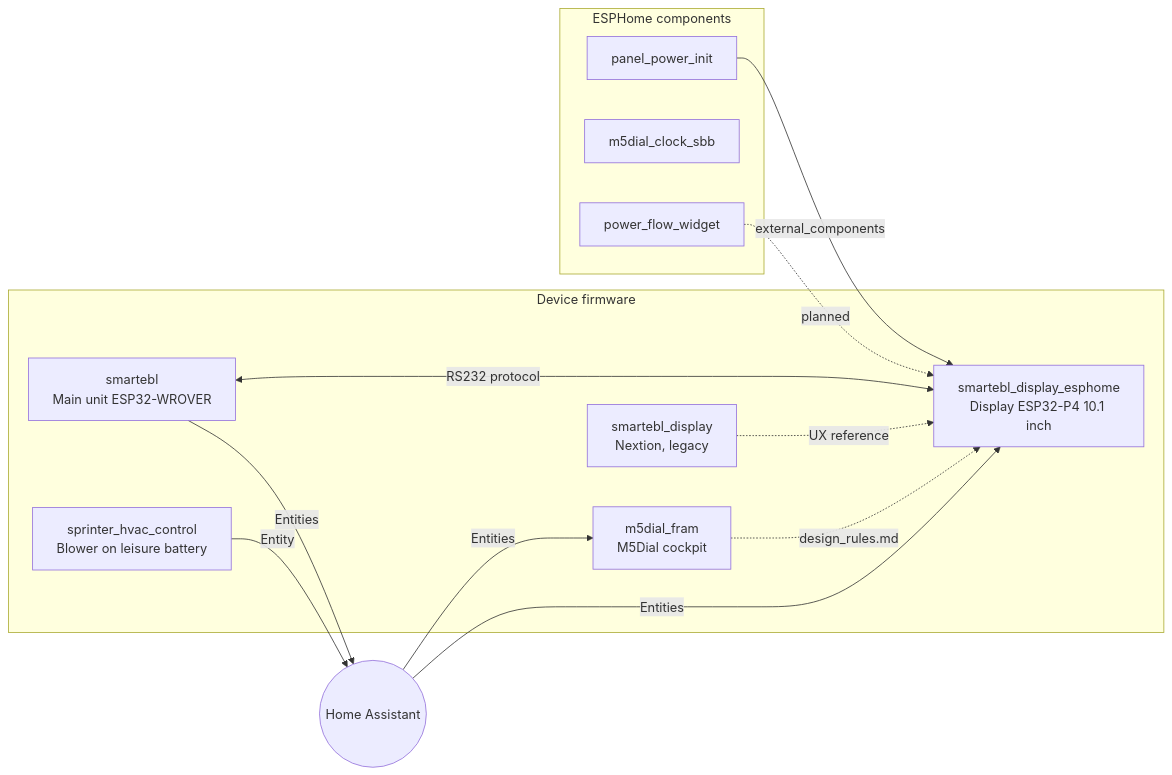
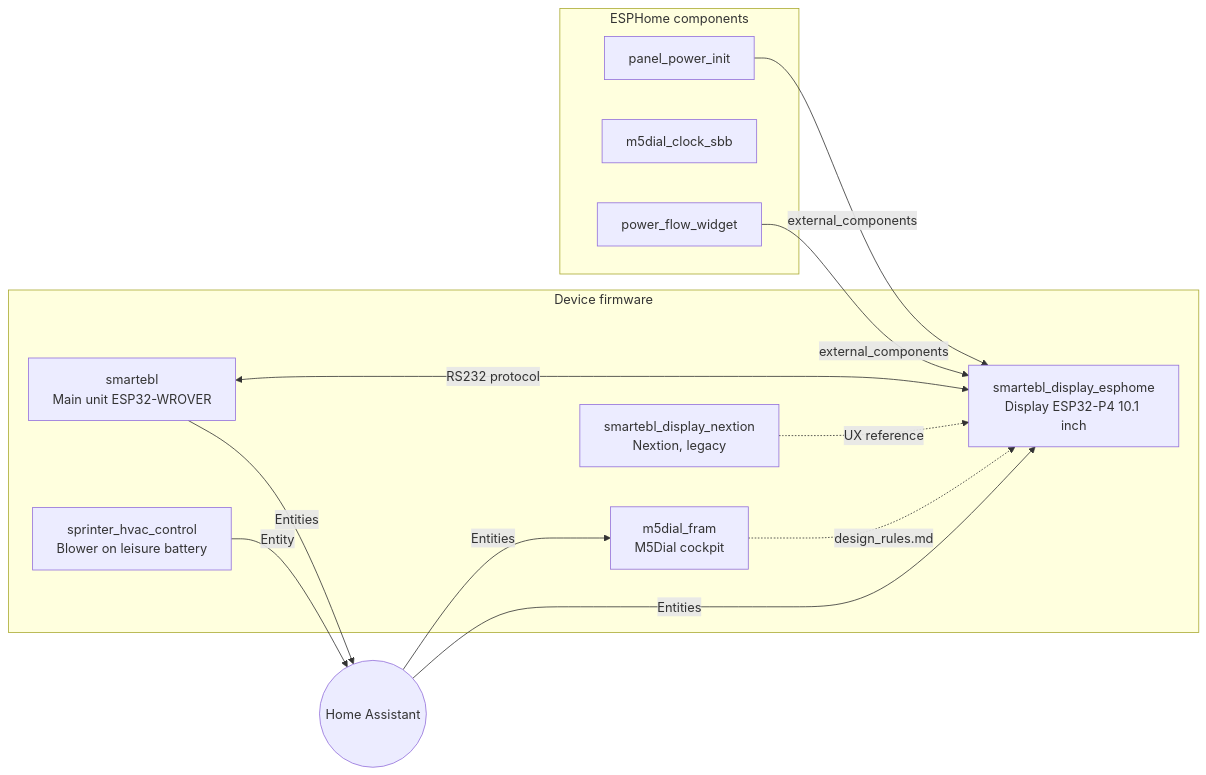
One commit to CzarofAK/CzarofAK changed the diagram in README.md. Above: the diagram before and after it, drawn with Mermaid. The commit also changed other lines of this file, not shown here.

Commit message:
Update legacy display reference in README

````diff
--- a/README.md
+++ b/README.md
@@ -10,29 +10,29 @@
 ```mermaid
 flowchart LR
   subgraph DEV["Device firmware"]
     EBL["smartebl<br/>Main unit ESP32-WROVER"]
     DSP["smartebl_display_esphome<br/>Display ESP32-P4 10.1 inch"]
     DIAL["m5dial_fram<br/>M5Dial cockpit"]
     HVAC["sprinter_hvac_control<br/>Blower on leisure battery"]
-    OLD["smartebl_display<br/>Nextion, legacy"]
+    OLD["smartebl_display_nextion<br/>Nextion, legacy"]
   end
 
   subgraph COMP["ESPHome components"]
     PPI["panel_power_init"]
     SBB["m5dial_clock_sbb"]
     PFW["power_flow_widget"]
   end
 
   HA(("Home Assistant"))
 
   EBL <-->|RS232 protocol| DSP
   PPI -->|external_components| DSP
-  PFW -.->|planned| DSP
+  PFW -->|external_components| DSP
   DIAL -.->|design_rules.md| DSP
   OLD -.->|UX reference| DSP
 
   HVAC -->|Entity| HA
   EBL -->|Entities| HA
   HA -->|Entities| DIAL
   HA -->|Entities| DSP
 ```
````
